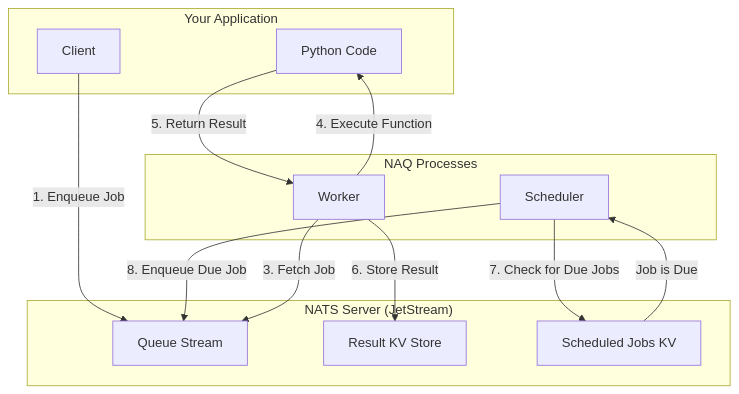
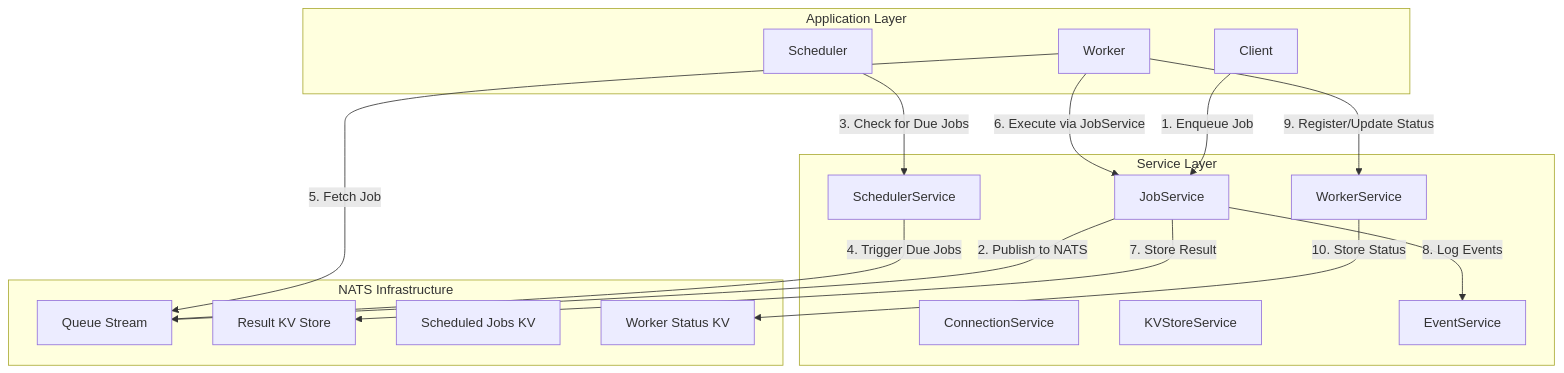
Before and after one commit to legout/naq: the first of 2 diagrams in docs/architecture.qmd, drawn with Mermaid. The commit also changed other lines of this file and 3 other files, not shown here.

Commit message:
docs: Enhance documentation for service layer architecture and usage examples

````diff
--- a/docs/architecture.qmd
+++ b/docs/architecture.qmd
@@ -21,27 +60,38 @@
 ```{mermaid}
 graph TD
-    subgraph "Your Application"
+    subgraph "Application Layer"
         Client[Client]
-        PythonCode[Python Code]
-    end
-
-    subgraph "NAQ Processes"
         Worker[Worker]
         Scheduler[Scheduler]
     end
+    
+    subgraph "Service Layer"
+        JobService[JobService]
+        ConnectionService[ConnectionService]
+        KVStoreService[KVStoreService]
+        EventService[EventService]
+        WorkerService[WorkerService]
+        SchedulerService[SchedulerService]
+    end
 
-    subgraph "NATS Server (JetStream)"
+    subgraph "NATS Infrastructure"
         QueueStream[Queue Stream]
         ResultStore[Result KV Store]
         ScheduledJobs[Scheduled Jobs KV]
+        WorkerStatus[Worker Status KV]
     end
 
-    Client -- "1. Enqueue Job" --> QueueStream
-    Scheduler -- "7. Check for Due Jobs" --> ScheduledJobs
-    ScheduledJobs -- "Job is Due" --> Scheduler
-    Scheduler -- "8. Enqueue Due Job" --> QueueStream
-    Worker -- "3. Fetch Job" --> QueueStream
-    Worker -- "4. Execute Function" --> PythonCode
-    PythonCode -- "5. Return Result" --> Worker
-    Worker -- "6. Store Result" --> ResultStore
+    Client -- "1. Enqueue Job" --> JobService
+    JobService -- "2. Publish to NATS" --> QueueStream
+    
+    Scheduler -- "3. Check for Due Jobs" --> SchedulerService
+    SchedulerService -- "4. Trigger Due Jobs" --> QueueStream
+    
+    Worker -- "5. Fetch Job" --> QueueStream
+    Worker -- "6. Execute via JobService" --> JobService
+    JobService -- "7. Store Result" --> ResultStore
+    JobService -- "8. Log Events" --> EventService
+    
+    Worker -- "9. Register/Update Status" --> WorkerService
+    WorkerService -- "10. Store Status" --> WorkerStatus
 ```
````
